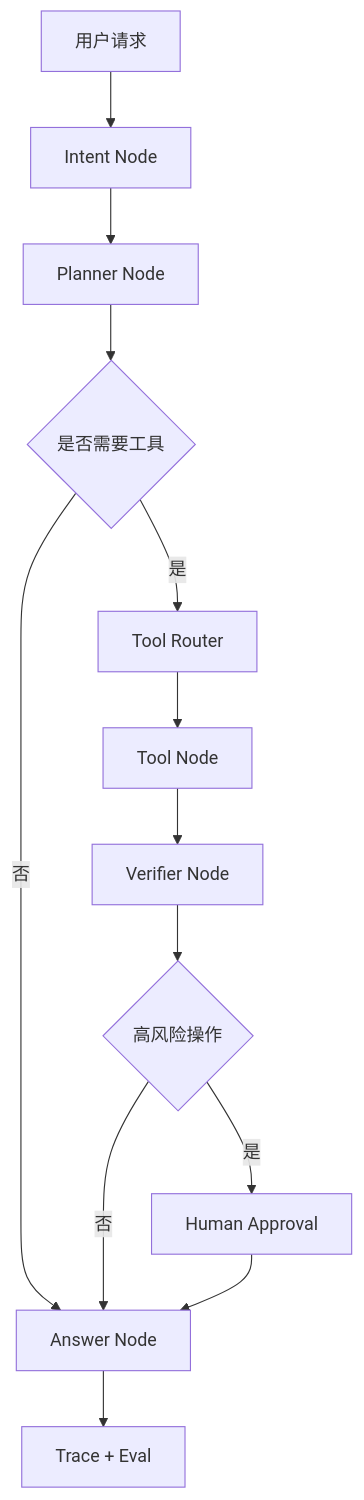
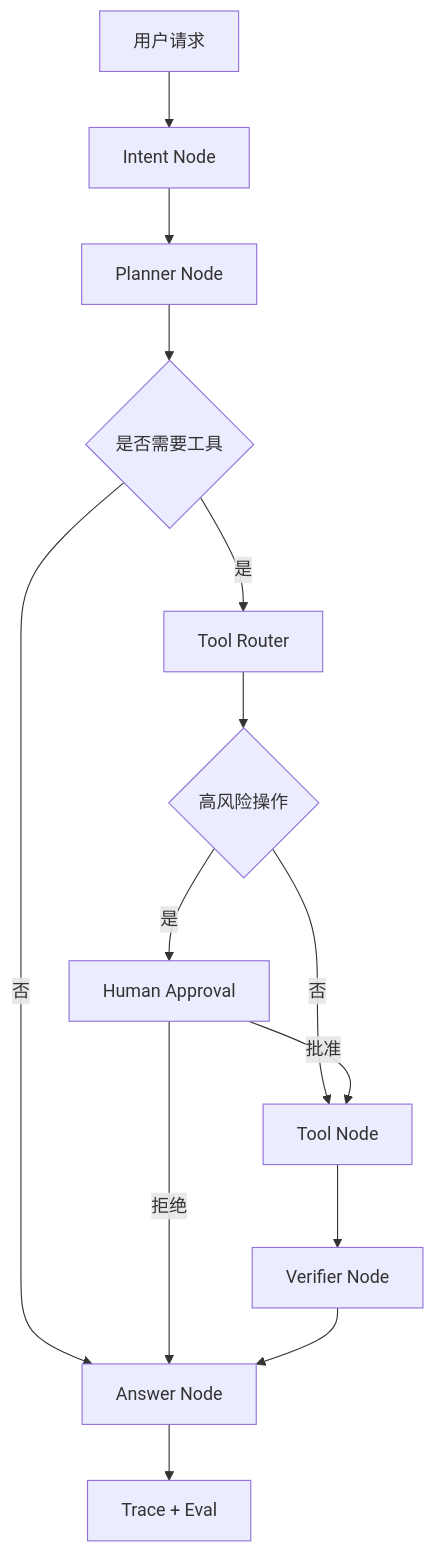
Before and after one commit to GuoWWWX/knowledge-base: the diagram in 10-AI应用开发/05-Agent-MCP-Skills/07-LangGraph生产级Agent编排.md, drawn with Mermaid. The commit also changed other lines of this file and 368 other files, not shown here.

````diff
--- a/10-AI应用开发/05-Agent-MCP-Skills/07-LangGraph生产级Agent编排.md
+++ b/10-AI应用开发/05-Agent-MCP-Skills/07-LangGraph生产级Agent编排.md
@@ -47,15 +59,16 @@
 ```mermaid
 flowchart TD
     A[用户请求] --> B[Intent Node]
     B --> C[Planner Node]
     C --> D{是否需要工具}
     D -->|否| H[Answer Node]
     D -->|是| E[Tool Router]
-    E --> F[Tool Node]
+    E --> I{高风险操作}
+    I -->|是| J[Human Approval]
+    I -->|否| F[Tool Node]
+    J -->|批准| F
+    J -->|拒绝| H
     F --> G[Verifier Node]
-    G --> I{高风险操作}
-    I -->|是| J[Human Approval]
-    I -->|否| H
-    J --> H
+    G --> H
     H --> K[Trace + Eval]
 ```
````
